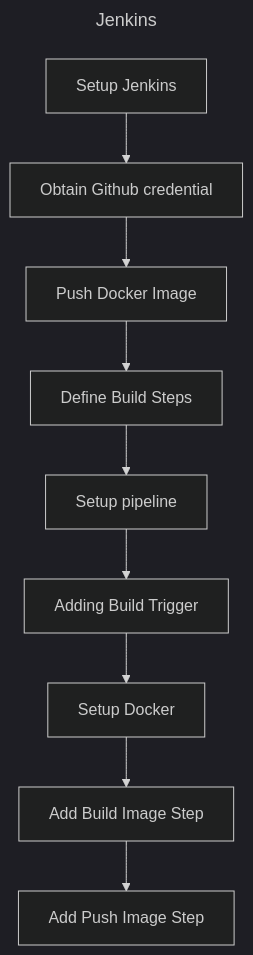
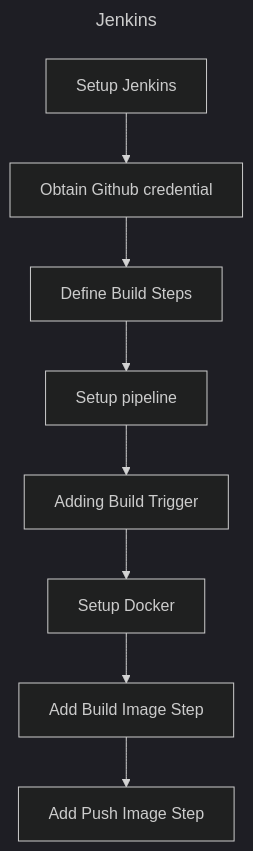
Before and after one commit to dinh-van-tran/VTI: the second of 2 diagrams in README.md, drawn with Mermaid (dark theme).

Commit message:
remove unused step in diagram

````diff
--- a/README.md
+++ b/README.md
@@ -135,15 +135,14 @@
 ```mermaid
 ---
 title: Jenkins
 ---
 flowchart TB
     setup-jenkins[Setup Jenkins] -->
     obtain-github-credential[Obtain Github credential] -->
-    push-docker-image[Push Docker Image] -->
     define-build-steps[Define Build Steps] -->
     setup-pipeline[Setup pipeline] -->
     adding-build-trigger[Adding Build Trigger] -->
     setup-docker[Setup Docker] -->
     add-build-image-step[Add Build Image Step] -->
     add-push-image-step[Add Push Image Step]
 ```
````
